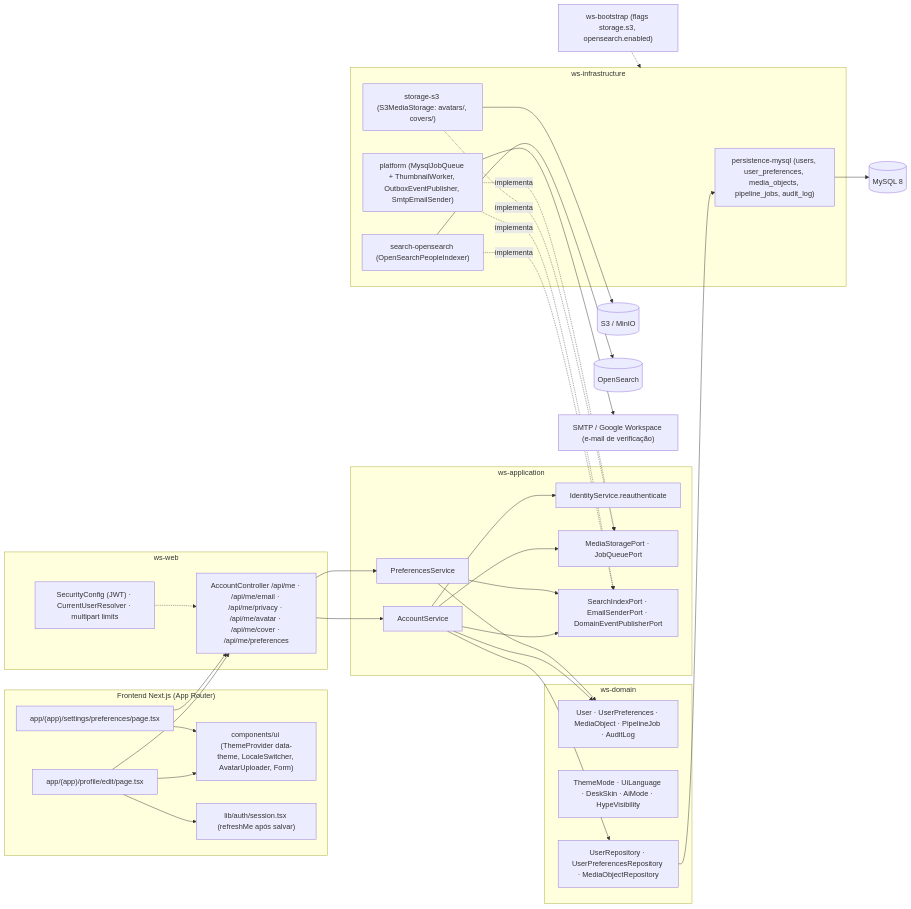
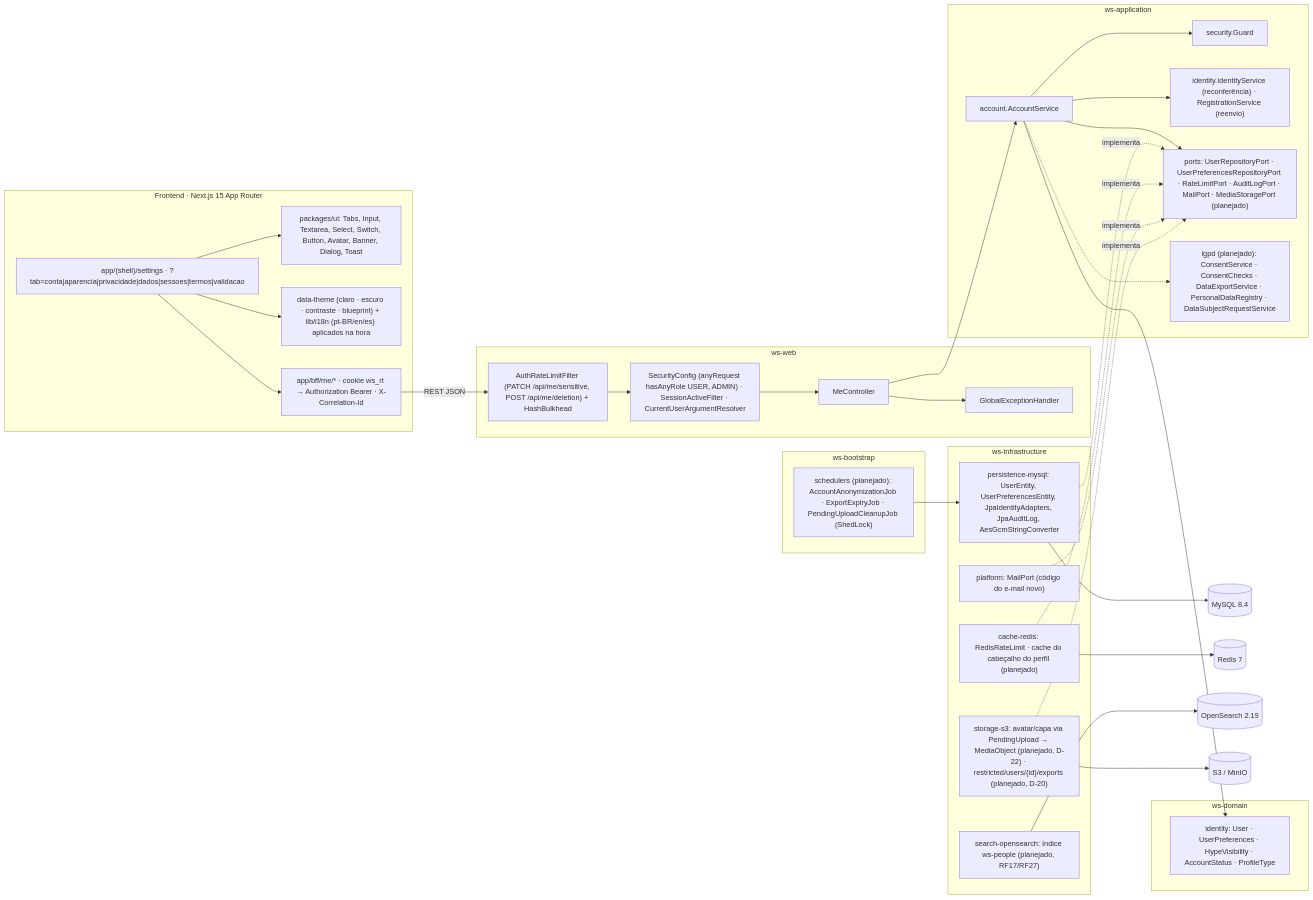
Before and after one commit to MatheusHaliski/Decia-app-2026: the fifth of 7 diagrams in docs/diagramas/RF3/README.md, drawn with Mermaid. The commit also changed other lines of this file and 5 other files, not shown here.

First line of the commit message:
docs(diagramas): reescreve RF1–RF5 (5 diagramas Mermaid + rastreabilidade) e cria _tools/checar.py

````diff
--- a/docs/diagramas/RF3/README.md
+++ b/docs/diagramas/RF3/README.md
@@ -393,66 +450,55 @@
 ```mermaid
 flowchart LR
-  subgraph FE["Frontend Next.js (App Router)"]
-    FE1["app/(app)/profile/edit/page.tsx"]
-    FE2["app/(app)/settings/preferences/page.tsx"]
-    FE3["components/ui (ThemeProvider data-theme, LocaleSwitcher, AvatarUploader, Form)"]
-    FE4["lib/auth/session.tsx (refreshMe após salvar)"]
+  subgraph FE["Frontend · Next.js 15 App Router"]
+    PG["app/(shell)/settings · ?tab=conta|aparencia|privacidade|dados|sessoes|termos|validacao"]
+    UI["packages/ui: Tabs, Input, Textarea, Select, Switch, Button, Avatar, Banner, Dialog, Toast"]
+    TH["data-theme (claro · escuro · contraste · blueprint) + lib/i18n (pt-BR/en/es) aplicados na hora"]
+    BFF["app/bff/me/* · cookie ws_rt → Authorization Bearer · X-Correlation-Id"]
+    PG --> UI
+    PG --> TH
+    PG --> BFF
+  end
+  subgraph WSWEB["ws-web"]
+    SEC["SecurityConfig (anyRequest hasAnyRole USER, ADMIN) · SessionActiveFilter · CurrentUserArgumentResolver"]
+    ARL["AuthRateLimitFilter (PATCH /api/me/sensitive, POST /api/me/deletion) + HashBulkhead"]
+    MC["MeController"]
+    GEH["GlobalExceptionHandler"]
+  end
+  subgraph WSAPP["ws-application"]
+    AS["account.AccountService"]
+    GD["security.Guard"]
+    IS["identity.IdentityService (reconferência) · RegistrationService (reenvio)"]
+    PORTS["ports: UserRepositoryPort · UserPreferencesRepositoryPort · RateLimitPort · AuditLogPort · MailPort · MediaStoragePort (planejado)"]
+    LG["lgpd (planejado): ConsentService · ConsentChecks · DataExportService · PersonalDataRegistry · DataSubjectRequestService"]
+    AS --> GD
+    AS --> IS
+    AS --> PORTS
+  end
+  subgraph WSDOM["ws-domain"]
+    DOM["identity: User · UserPreferences · HypeVisibility · AccountStatus · ProfileType"]
+  end
+  subgraph INFRA["ws-infrastructure"]
+    MY["persistence-mysql: UserEntity, UserPreferencesEntity, JpaIdentityAdapters, JpaAuditLog, AesGcmStringConverter"]
+    RDS["cache-redis: RedisRateLimit · cache do cabeçalho do perfil (planejado)"]
+    OSE["search-opensearch: índice ws-people (planejado, RF17/RF27)"]
+    S3["storage-s3: avatar/capa via PendingUpload → MediaObject (planejado, D-22) · restricted/users/{id}/exports (planejado, D-20)"]
+    PLT["platform: MailPort (código do e-mail novo)"]
+  end
+  subgraph BOOT["ws-bootstrap"]
+    JOBS["schedulers (planejado): AccountAnonymizationJob · ExportExpiryJob · PendingUploadCleanupJob (ShedLock)"]
   end
 
-  subgraph WEB["ws-web"]
-    W1["AccountController /api/me · /api/me/email · /api/me/privacy · /api/me/avatar · /api/me/cover · /api/me/preferences"]
-    W2["SecurityConfig (JWT) · CurrentUserResolver · multipart limits"]
-  end
-
-  subgraph APP["ws-application"]
-    S1["AccountService"]
-    S2["PreferencesService"]
-    S3["IdentityService.reauthenticate"]
-    P1["MediaStoragePort · JobQueuePort"]
-    P2["SearchIndexPort · EmailSenderPort · DomainEventPublisherPort"]
-  end
-
-  subgraph DOM["ws-domain"]
-    D1["User · UserPreferences · MediaObject · PipelineJob · AuditLog"]
-    D2["ThemeMode · UiLanguage · DeskSkin · AiMode · HypeVisibility"]
-    D3["UserRepository · UserPreferencesRepository · MediaObjectRepository"]
-  end
-
-  subgraph INFRA["ws-infrastructure"]
-    I1["persistence-mysql (users, user_preferences, media_objects, pipeline_jobs, audit_log)"]
-    I2["storage-s3 (S3MediaStorage: avatars/, covers/)"]
-    I3["search-opensearch (OpenSearchPeopleIndexer)"]
-    I4["platform (MysqlJobQueue + ThumbnailWorker, OutboxEventPublisher, SmtpEmailSender)"]
-  end
-
-  MY[("MySQL 8")]
-  S3B[("S3 / MinIO")]
-  OSB[("OpenSearch")]
-  X1["SMTP / Google Workspace (e-mail de verificação)"]
-
-  FE1 --> W1
-  FE2 --> W1
-  FE1 --> FE3
-  FE2 --> FE3
-  FE1 --> FE4
-  W2 -.-> W1
-  W1 --> S1
-  W1 --> S2
-  S1 --> S3
-  S1 --> P1
-  S1 --> P2
-  S2 --> P2
-  S1 --> D1
-  S2 --> D1
-  S1 --> D3
-  I2 -.->|implementa| P1
-  I4 -.->|implementa| P1
-  I3 -.->|implementa| P2
-  I4 -.->|implementa| P2
-  D3 --> I1
-  I1 --> MY
-  I2 --> S3B
-  I3 --> OSB
-  I4 --> X1
-  BOOT["ws-bootstrap (flags storage.s3, opensearch.enabled)"] -.-> INFRA
+  BFF -->|"REST JSON"| ARL --> SEC --> MC --> AS
+  MC --> GEH
+  MY -.implementa.-> PORTS
+  RDS -.implementa.-> PORTS
+  PLT -.implementa.-> PORTS
+  S3 -.implementa.-> PORTS
+  AS --> DOM
+  AS -.-> LG
+  MY --> DB[("MySQL 8.4")]
+  RDS --> RD[("Redis 7")]
+  OSE --> OSX[("OpenSearch 2.19")]
+  S3 --> MINIO[("S3 / MinIO")]
+  JOBS --> MY
 ```
````
